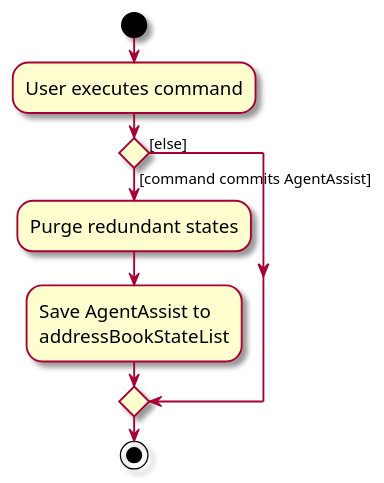
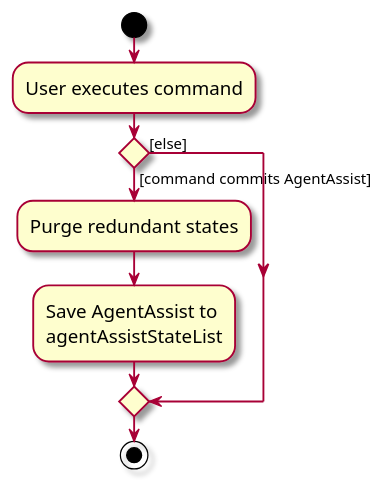
Before and after one commit to nus-cs2103-AY2425S1/tp: the diagram in docs/diagrams/CommitActivityDiagram.puml, drawn with PlantUML. The commit also changed 14 other files, not shown here.

```diff
--- a/docs/diagrams/CommitActivityDiagram.puml
+++ b/docs/diagrams/CommitActivityDiagram.puml
@@ -1,18 +1,18 @@
 @startuml
 skin rose
 skinparam ActivityFontSize 15
 skinparam ArrowFontSize 12
 start
 :User executes command;
 
 'Since the beta syntax does not support placing the condition outside the
 'diamond we place it as the true branch instead.
 
 if () then ([command commits AgentAssist])
     :Purge redundant states;
     :Save AgentAssist to
-    addressBookStateList;
+    agentAssistStateList;
 else ([else])
 endif
 stop
 @enduml
```
